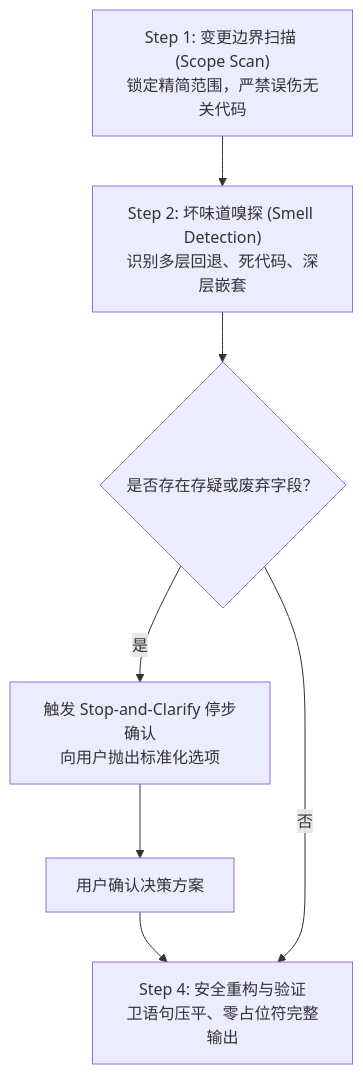
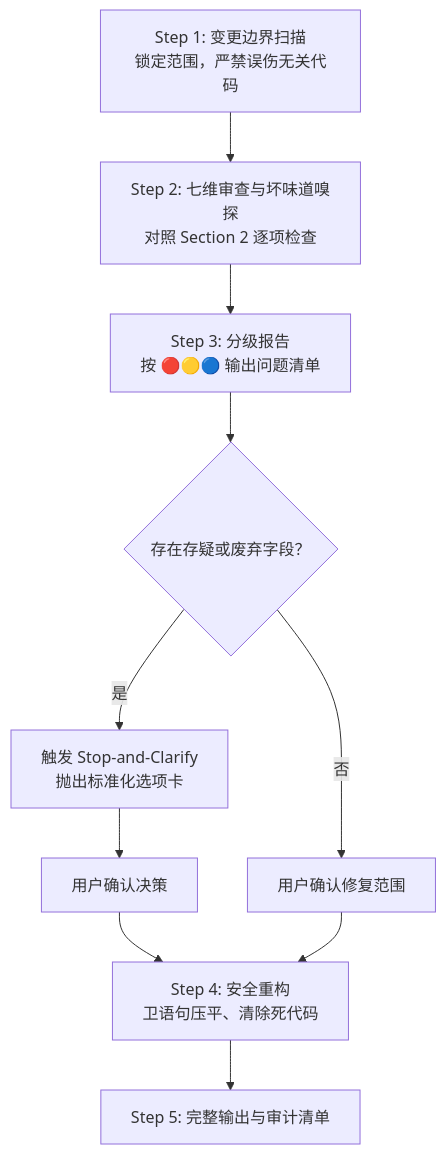
The diagram in code-simplifier/SKILL.md (cc-hearts/skills), drawn with Mermaid before and after one commit. The commit also changed other lines of this file and 4 other files, not shown here.

````diff
--- a/code-simplifier/SKILL.md
+++ b/code-simplifier/SKILL.md
@@ -72,9 +105,12 @@
 ```mermaid
 flowchart TD
-    S1["Step 1: 变更边界扫描 (Scope Scan)<br/>锁定精简范围，严禁误伤无关代码"] --> S2["Step 2: 坏味道嗅探 (Smell Detection)<br/>识别多层回退、死代码、深层嵌套"]
-    S2 --> S3{"是否存在存疑或废弃字段？"}
-    S3 -- 是 --> H["触发 Stop-and-Clarify 停步确认<br/>向用户抛出标准化选项"]
-    H --> U["用户确认决策方案"]
-    U --> S4["Step 4: 安全重构与验证<br/>卫语句压平、零占位符完整输出"]
-    S3 -- 否 --> S4
+    S1["Step 1: 变更边界扫描<br/>锁定范围，严禁误伤无关代码"] --> S2["Step 2: 七维审查与坏味道嗅探<br/>对照 Section 2 逐项检查"]
+    S2 --> S3["Step 3: 分级报告<br/>按 🔴🟡🔵 输出问题清单"]
+    S3 --> Q{"存在存疑或废弃字段？"}
+    Q -- 是 --> H["触发 Stop-and-Clarify<br/>抛出标准化选项卡"]
+    H --> U["用户确认决策"]
+    Q -- 否 --> U2["用户确认修复范围"]
+    U --> S4["Step 4: 安全重构<br/>卫语句压平、清除死代码"]
+    U2 --> S4
+    S4 --> S5["Step 5: 完整输出与审计清单"]
 ```
````
